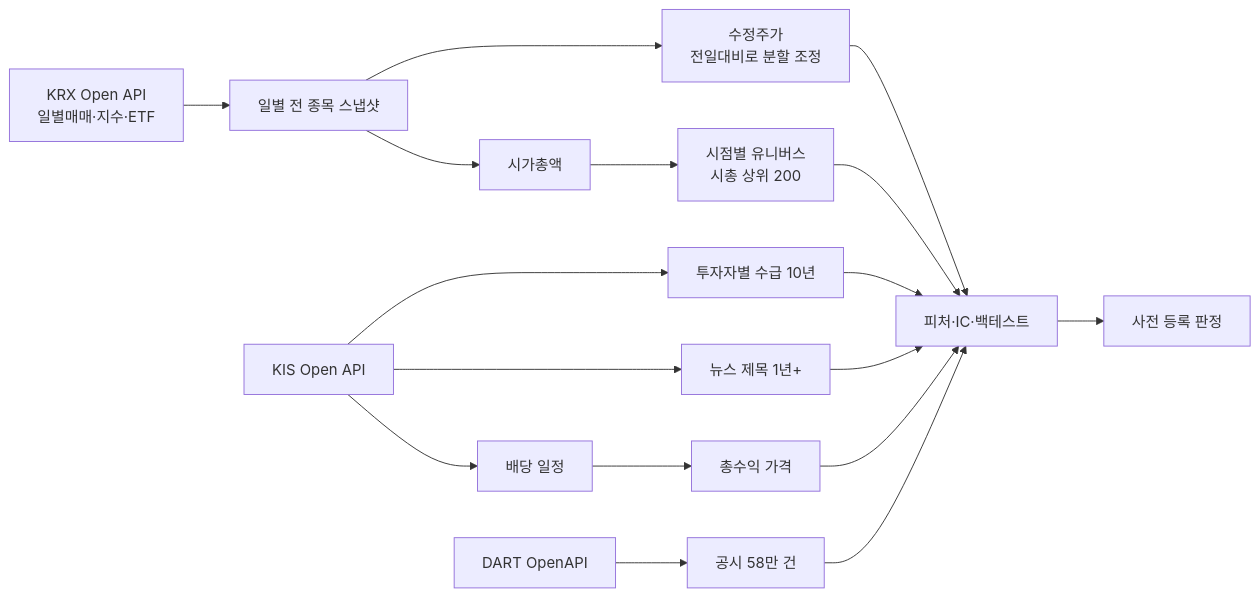
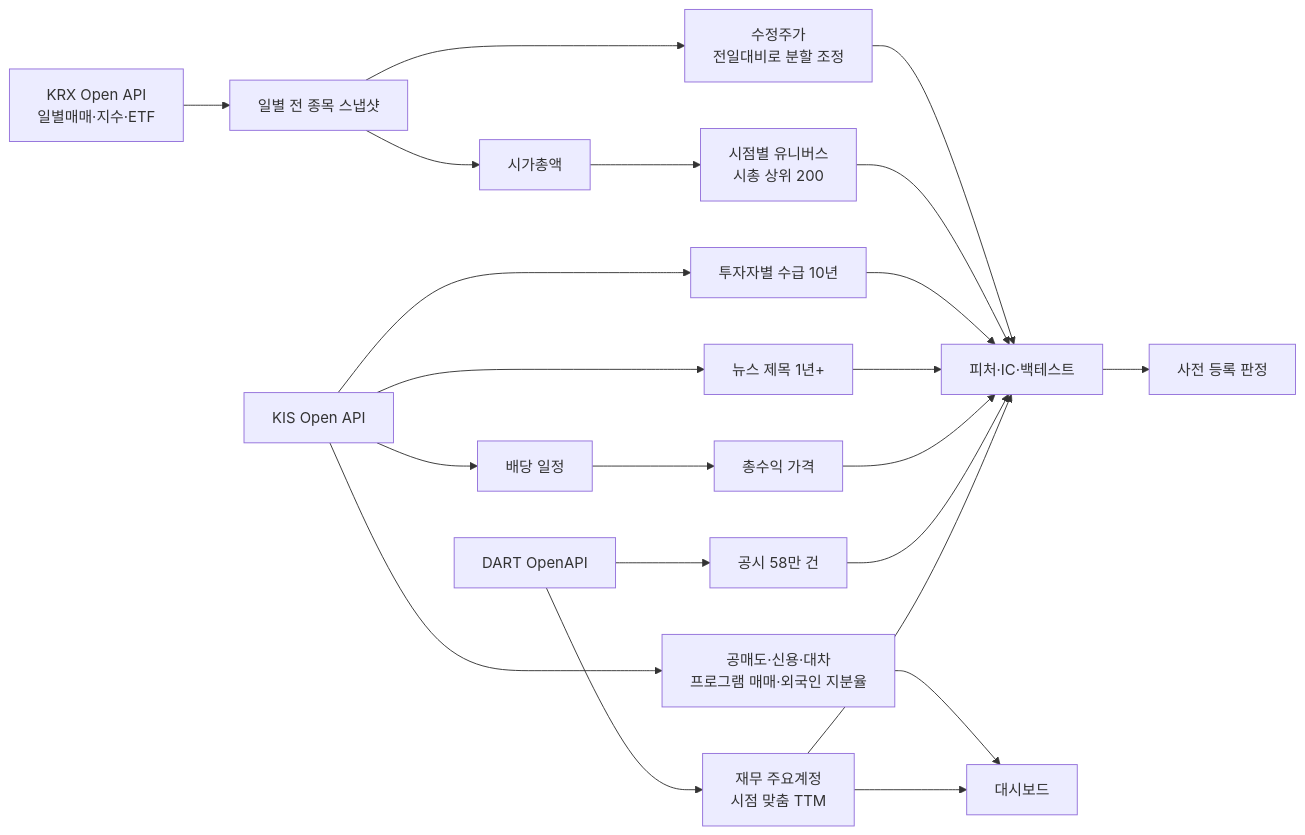
Before and after one commit to sinkytiger/k-quant-research: the diagram in README.md, drawn with Mermaid. The commit also changed other lines of this file, not shown here.

Commit message:
README: 사전 등록 9건(재무 팩터 2건)·재무/시장 데이터·새로 잡은 함정 5개·대시보드 탭 표로 갱신, 공개 동기화에서 비공개 사전 등록 문서를 패턴으로 제외

````diff
--- a/README.md
+++ b/README.md
@@ -44,12 +47,15 @@
 ```mermaid
 flowchart LR
   KRX[KRX Open API<br/>일별매매·지수·ETF] --> SNAP[일별 전 종목 스냅샷]
   SNAP --> PX[수정주가<br/>전일대비로 분할 조정]
   SNAP --> CAP[시가총액] --> UNI[시점별 유니버스<br/>시총 상위 200]
   KIS[KIS Open API] --> FLOW[투자자별 수급 10년]
   KIS --> NEWS[뉴스 제목 1년+]
   KIS --> DIV[배당 일정] --> TR[총수익 가격]
+  KIS --> MKT[공매도·신용·대차<br/>프로그램 매매·외국인 지분율]
   DART[DART OpenAPI] --> DISC[공시 58만 건]
-  PX & UNI & FLOW & NEWS & TR & DISC --> RES[피처·IC·백테스트]
+  DART --> FIN[재무 주요계정<br/>시점 맞춤 TTM]
+  PX & UNI & FLOW & NEWS & TR & DISC & FIN --> RES[피처·IC·백테스트]
+  MKT & FIN --> DASH[대시보드]
   RES --> PRE[사전 등록 판정]
 ```
````
